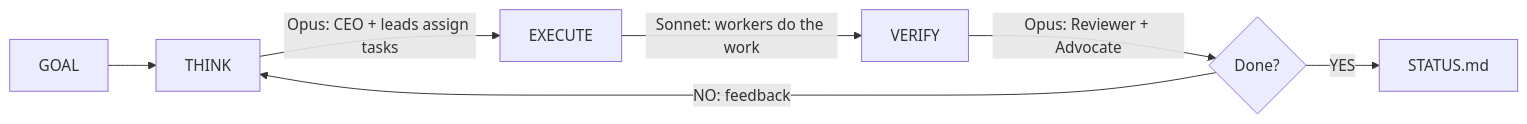
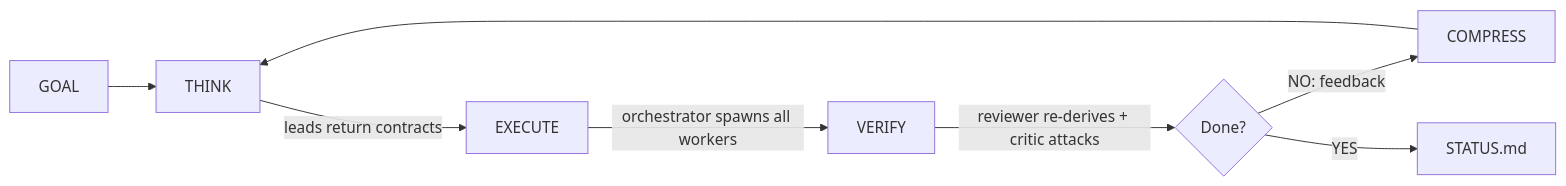
The diagram in README.md (jagmarques/company-skill), drawn with Mermaid before and after one commit. The commit also changed other lines of this file and 17 other files, not shown here.

````diff
--- a/README.md
+++ b/README.md
@@ -45,9 +51,10 @@
 ```mermaid
 graph LR
     G[GOAL] --> T[THINK]
-    T -->|Opus: CEO + leads assign tasks| E[EXECUTE]
-    E -->|Sonnet: workers do the work| V[VERIFY]
-    V -->|Opus: Reviewer + Advocate| D{Done?}
-    D -->|NO: feedback| T
+    T -->|leads return contracts| E[EXECUTE]
+    E -->|orchestrator spawns all workers| V[VERIFY]
+    V -->|reviewer re-derives + critic attacks| D{Done?}
+    D -->|NO: feedback| C[COMPRESS]
+    C --> T
     D -->|YES| S[STATUS.md]
 ```
````
